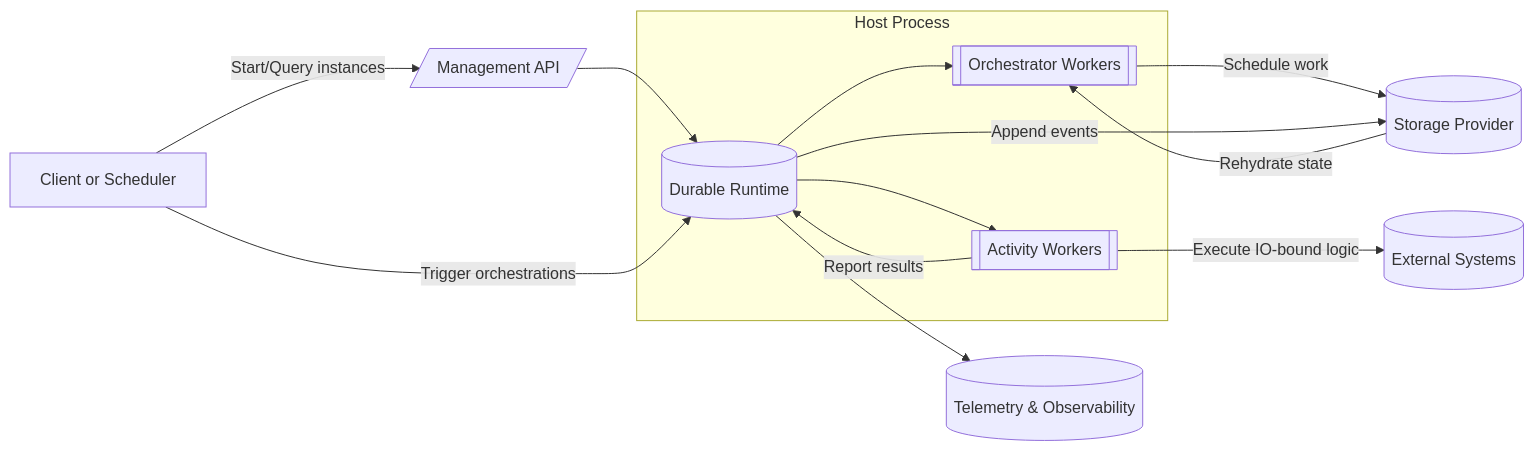
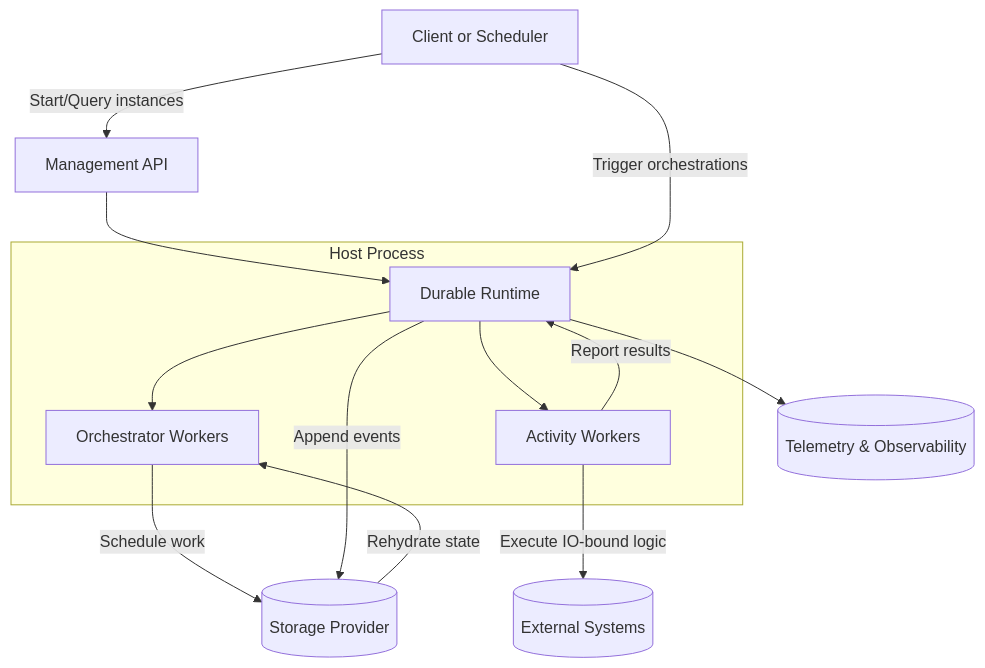
The diagram in docs/DurableFunctions/index.md (asynkron/Asynkron.Documentation), drawn with Mermaid before and after one commit.

````diff
--- a/docs/DurableFunctions/index.md
+++ b/docs/DurableFunctions/index.md
@@ -27,25 +27,29 @@
 ```mermaid
-flowchart LR
+graph TB
     caller[Client or Scheduler]
     subgraph Host Process
-        runtime[(Durable Runtime)]
-        orchestrator[[Orchestrator Workers]]
-        activities[[Activity Workers]]
+        runtime[Durable Runtime]
+        orchestrator[Orchestrator Workers]
+        activities[Activity Workers]
     end
     storage[(Storage Provider)]
-    management[/Management API/]
+    management[Management API]
     telemetry[(Telemetry & Observability)]
     external[(External Systems)]
 
     caller -->|Start/Query instances| management
     management --> runtime
     caller -->|Trigger orchestrations| runtime
     runtime --> orchestrator
     orchestrator -->|Schedule work| storage
     runtime --> activities
     activities -->|Execute IO-bound logic| external
     activities -->|Report results| runtime
     runtime -->|Append events| storage
     storage -->|Rehydrate state| orchestrator
     runtime --> telemetry
+
+    class external yellow
+    class telemetry yellow
+    class storage yellow
 ```
````
